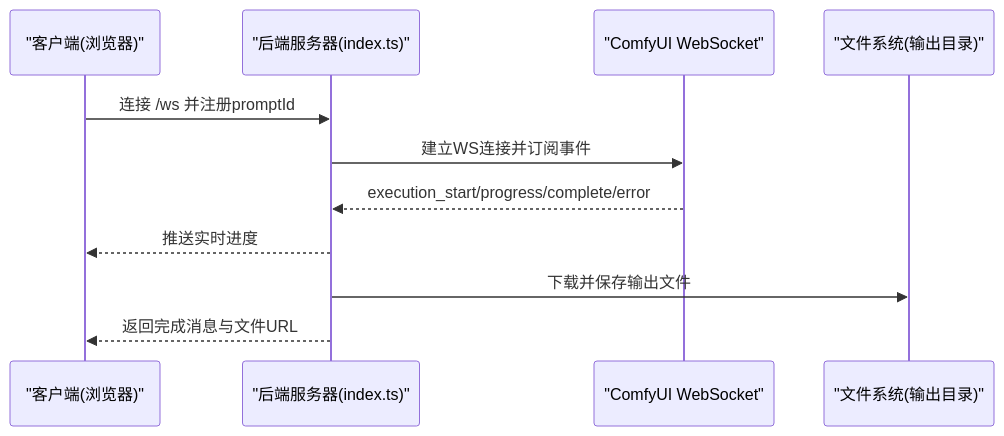
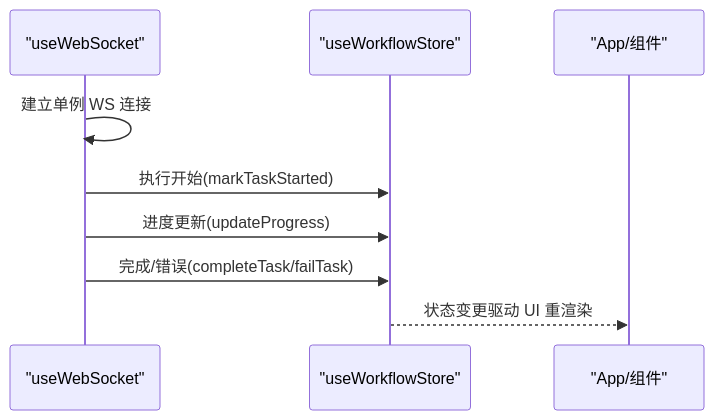
The fifth of 7 diagrams in .qoder/repowiki/zh/content/项目概述/项目介绍.md (billye220670/CorineKit_Pix2Real), drawn with Mermaid before and after one commit. The commit also changed other lines of this file and 315 other files, not shown here.

````diff
--- a/.qoder/repowiki/zh/content/项目概述/项目介绍.md
+++ b/.qoder/repowiki/zh/content/项目概述/项目介绍.md
@@ -229,13 +205,11 @@
 ```mermaid
 sequenceDiagram
-participant C as "客户端(浏览器)"
-participant S as "后端服务器(index.ts)"
-participant W as "ComfyUI WebSocket"
-participant FS as "文件系统(输出目录)"
-C->>S : 连接 /ws 并注册promptId
-S->>W : 建立WS连接并订阅事件
-W-->>S : execution_start/progress/complete/error
-S-->>C : 推送实时进度
-S->>FS : 下载并保存输出文件
-S-->>C : 返回完成消息与文件URL
+participant Hook as "useWebSocket"
+participant Store as "useWorkflowStore"
+participant UI as "App/组件"
+Hook->>Hook : 建立单例 WS 连接
+Hook->>Store : 执行开始(markTaskStarted)
+Hook->>Store : 进度更新(updateProgress)
+Hook->>Store : 完成/错误(completeTask/failTask)
+Store-->>UI : 状态变更驱动 UI 重渲染
 ```
````
